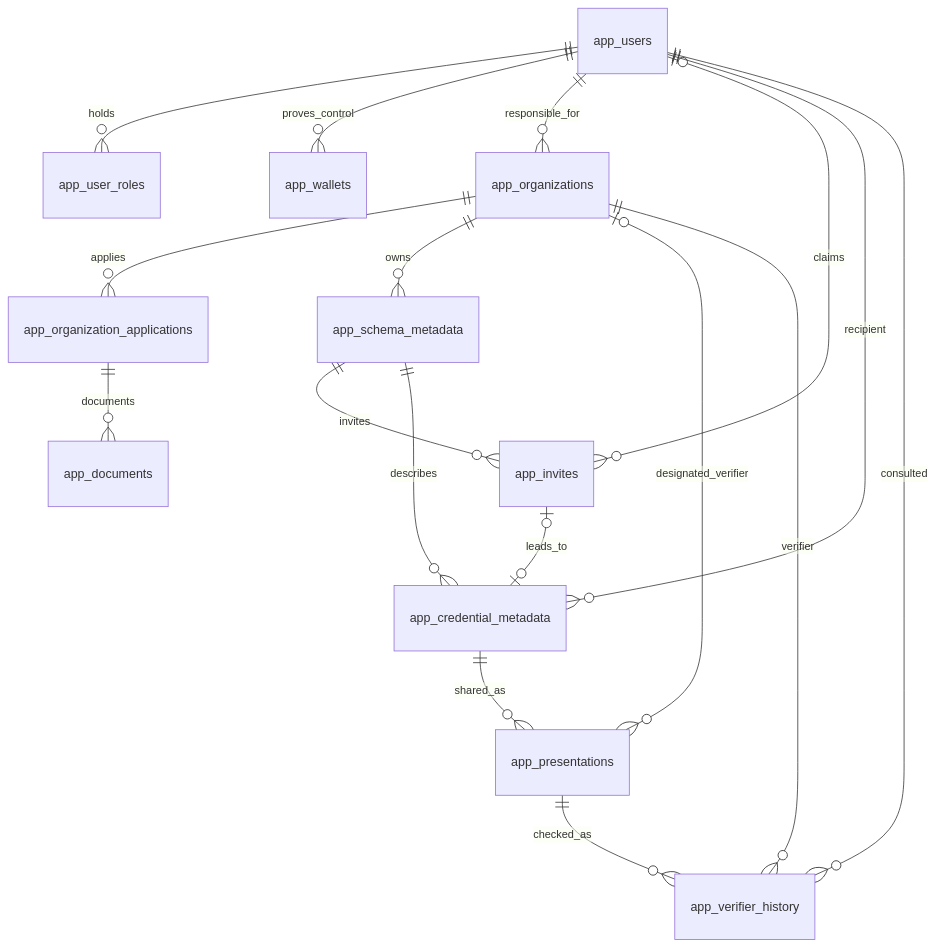
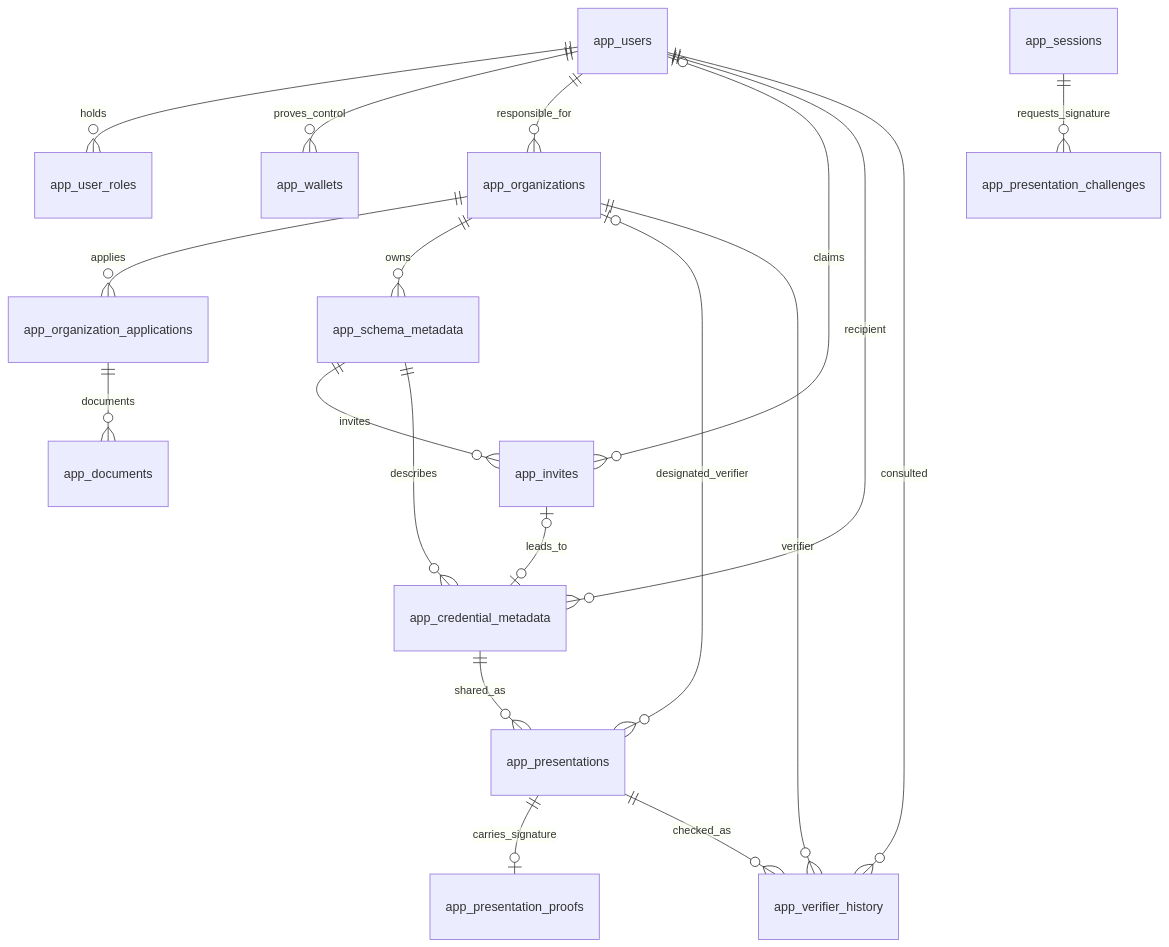
Before and after one commit to Sanka-D/XCS: the diagram in docs/database-app.md, drawn with Mermaid. The commit also changed other lines of this file and 52 other files, not shown here.

````diff
--- a/docs/database-app.md
+++ b/docs/database-app.md
@@ -44,19 +51,21 @@
 ```mermaid
 erDiagram
     app_users ||--o{ app_user_roles : holds
     app_users ||--o{ app_wallets : proves_control
     app_users ||--o{ app_organizations : responsible_for
     app_organizations ||--o{ app_organization_applications : applies
     app_organization_applications ||--o{ app_documents : documents
     app_organizations ||--o{ app_schema_metadata : owns
     app_schema_metadata ||--o{ app_invites : invites
     app_users o|--o{ app_invites : claims
     app_schema_metadata ||--o{ app_credential_metadata : describes
     app_users ||--o{ app_credential_metadata : recipient
     app_invites o|--o| app_credential_metadata : leads_to
     app_credential_metadata ||--o{ app_presentations : shared_as
     app_organizations o|--o{ app_presentations : designated_verifier
+    app_sessions ||--o{ app_presentation_challenges : requests_signature
+    app_presentations ||--o| app_presentation_proofs : carries_signature
     app_presentations ||--o{ app_verifier_history : checked_as
     app_users ||--o{ app_verifier_history : consulted
     app_organizations ||--o{ app_verifier_history : verifier
 ```
````
